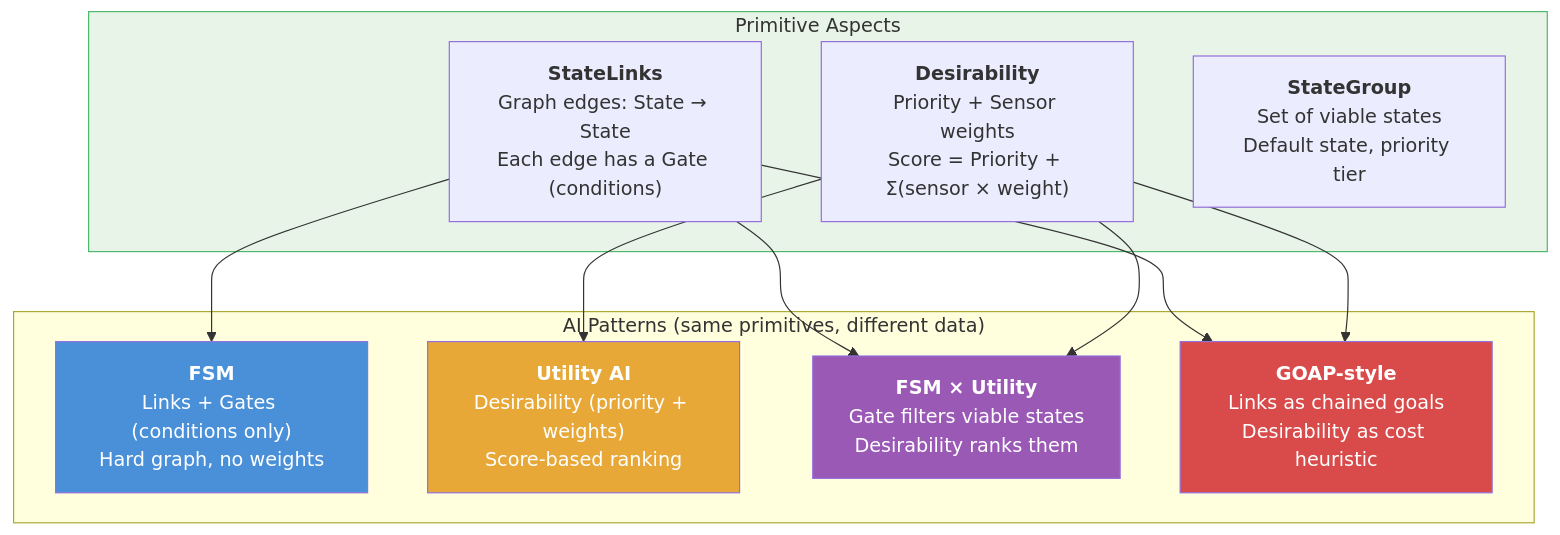
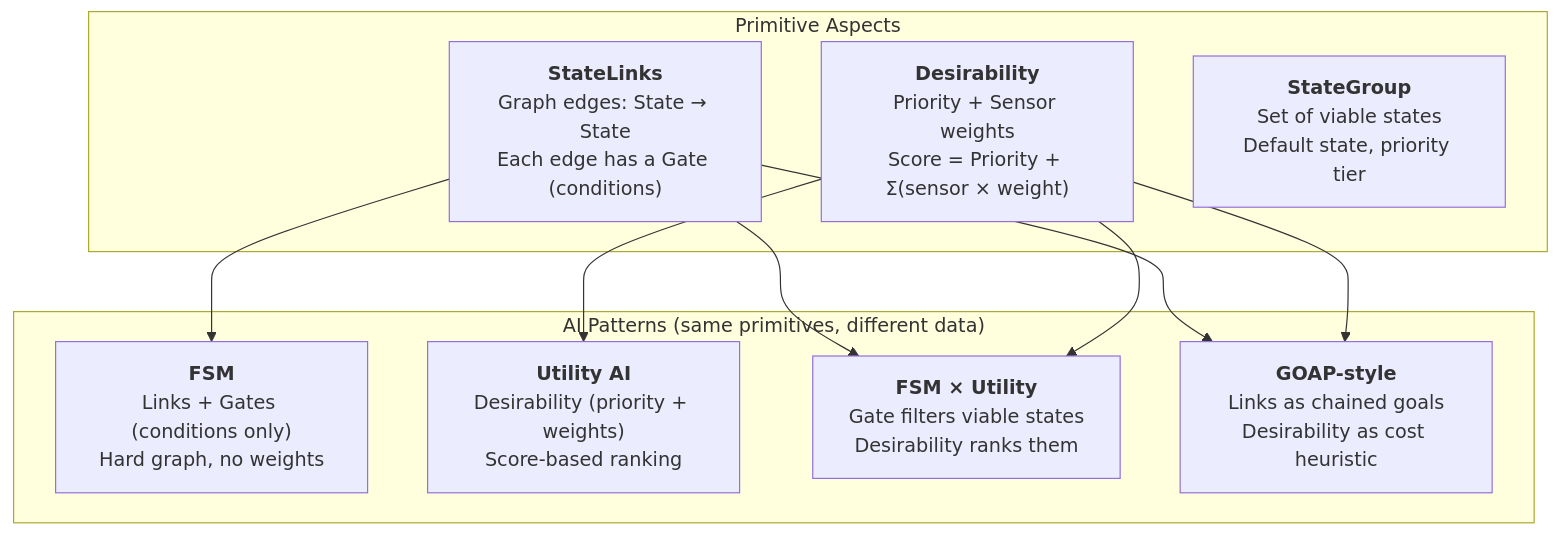
One commit to fm39hz/fm39hz-blogs changed diagram 15 of 21 in src/content/articles/another-way-to-engineer-a-game.md. Above: the diagram before and after it, drawn with Mermaid. The commit also changed other lines of this file, not shown here.

````diff
--- a/src/content/articles/another-way-to-engineer-a-game.md
+++ b/src/content/articles/another-way-to-engineer-a-game.md
@@ -625,28 +599,22 @@
 ```mermaid
 graph TB
     subgraph Primitives["Primitive Aspects"]
         SL["<b>StateLinks</b><br/>Graph edges: State → State<br/>Each edge has a Gate (conditions)"]
         DS["<b>Desirability</b><br/>Priority + Sensor weights<br/>Score = Priority + Σ(sensor × weight)"]
         SG["<b>StateGroup</b><br/>Set of viable states<br/>Default state, priority tier"]
     end
 
     subgraph Patterns["AI Patterns (same primitives, different data)"]
         FSM["<b>FSM</b><br/>Links + Gates (conditions only)<br/>Hard graph, no weights"]
         UA["<b>Utility AI</b><br/>Desirability (priority + weights)<br/>Score-based ranking"]
         BLEND["<b>FSM × Utility</b><br/>Gate filters viable states<br/>Desirability ranks them"]
         GOAP["<b>GOAP-style</b><br/>Links as chained goals<br/>Desirability as cost heuristic"]
     end
 
     SL --> FSM
     DS --> UA
     SL --> BLEND
     DS --> BLEND
     SL --> GOAP
     DS --> GOAP
-
-    style Primitives fill:#e8f4e8,stroke:#50b86c
-    style FSM fill:#4a90d9,color:#fff
-    style UA fill:#e8a838,color:#fff
-    style BLEND fill:#9b59b6,color:#fff
-    style GOAP fill:#d94a4a,color:#fff
 ```
````
